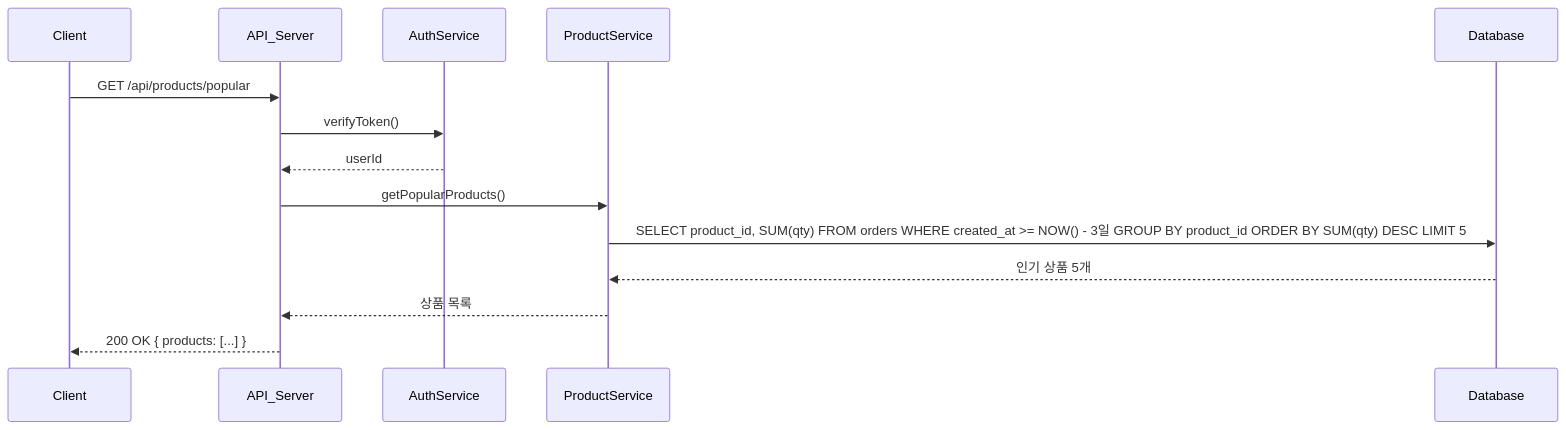
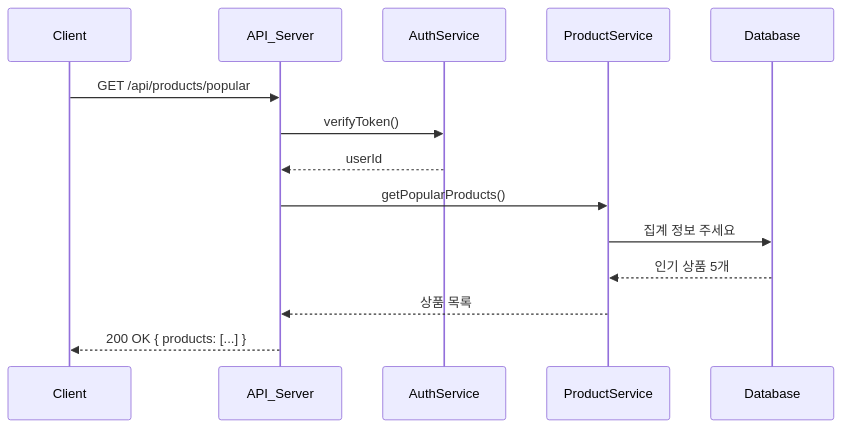
One commit to seho0808/hh-9-be-2 changed the diagram in docs/04-sequence-diagrams/07-popular.md. Above: the diagram before and after it, drawn with Mermaid.

Commit message:
docs(sequence): 7-1 sql => 한글 설명

````diff
--- a/docs/04-sequence-diagrams/07-popular.md
+++ b/docs/04-sequence-diagrams/07-popular.md
@@ -5,19 +5,19 @@
 ```mermaid
 sequenceDiagram
     participant Client
     participant API_Server
     participant AuthService
     participant ProductService
     participant Database
 
     Client->>API_Server: GET /api/products/popular
     API_Server->>AuthService: verifyToken()
     AuthService-->>API_Server: userId
 
     API_Server->>ProductService: getPopularProducts()
-    ProductService->>Database: SELECT product_id, SUM(qty) FROM orders WHERE created_at >= NOW() - 3일 GROUP BY product_id ORDER BY SUM(qty) DESC LIMIT 5
+    ProductService->>Database: 집계 정보 주세요
     Database-->>ProductService: 인기 상품 5개
 
     ProductService-->>API_Server: 상품 목록
     API_Server-->>Client: 200 OK { products: [...] }
 ```
````
